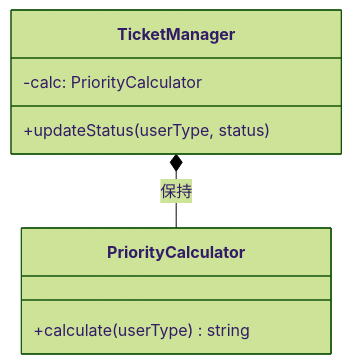
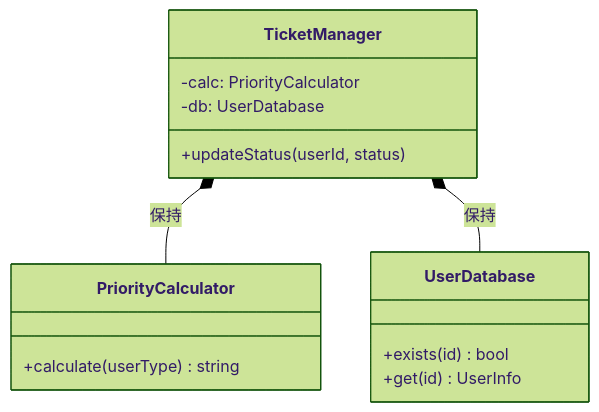
One commit to kumachan1101-pixel/DesignPattern changed the third of 12 diagrams in kindle/design-patterns/output/chapter09_2.md. Above: the diagram before and after it, drawn with Mermaid (forest theme). The commit also changed other lines of this file, not shown here.

````diff
--- a/kindle/design-patterns/output/chapter09_2.md
+++ b/kindle/design-patterns/output/chapter09_2.md
@@ -161,11 +154,17 @@
 ```mermaid
 classDiagram
     class TicketManager {
         -calc: PriorityCalculator
-        +updateStatus(userType, status)
+        -db: UserDatabase
+        +updateStatus(userId, status)
     }
     class PriorityCalculator {
         +calculate(userType) string
     }
+    class UserDatabase {
+        +exists(id) bool
+        +get(id) UserInfo
+    }
     TicketManager *-- PriorityCalculator : 保持
+    TicketManager *-- UserDatabase : 保持
 ```
````
